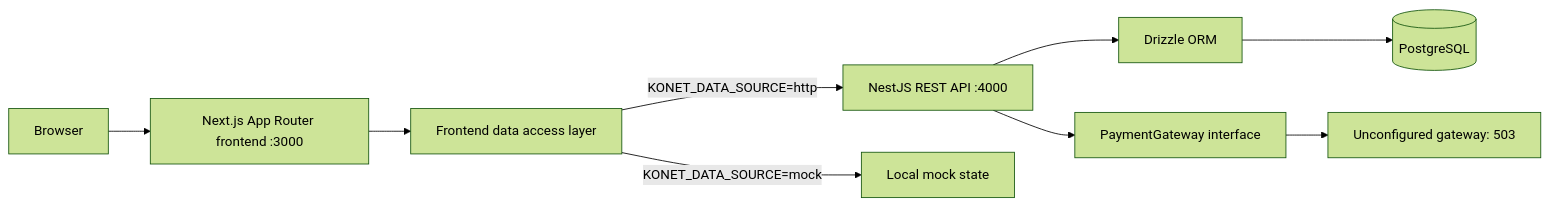
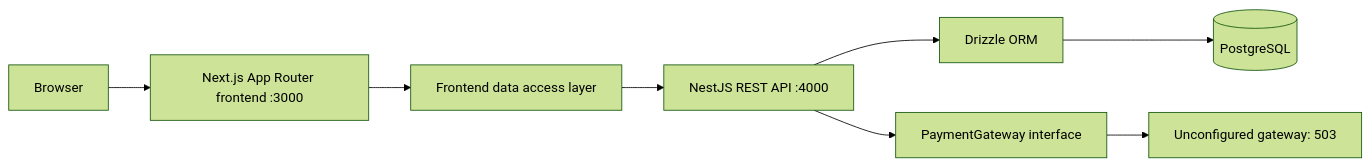
The second of 4 diagrams in README.md (lakamo-samuel/konet), drawn with Mermaid (forest theme) before and after one commit. The commit also changed other lines of this file and 28 other files, not shown here.

````diff
--- a/README.md
+++ b/README.md
@@ -65,11 +65,10 @@
 ```mermaid
 flowchart LR
     Browser[Browser] --> Next[Next.js App Router frontend :3000]
     Next --> Access[Frontend data access layer]
-    Access -->|KONET_DATA_SOURCE=http| API[NestJS REST API :4000]
-    Access -->|KONET_DATA_SOURCE=mock| Mock[Local mock state]
+    Access --> API[NestJS REST API :4000]
     API --> Drizzle[Drizzle ORM]
     Drizzle --> PG[(PostgreSQL)]
     API --> Gateway[PaymentGateway interface]
     Gateway --> Unconfigured[Unconfigured gateway: 503]
 ```
````
